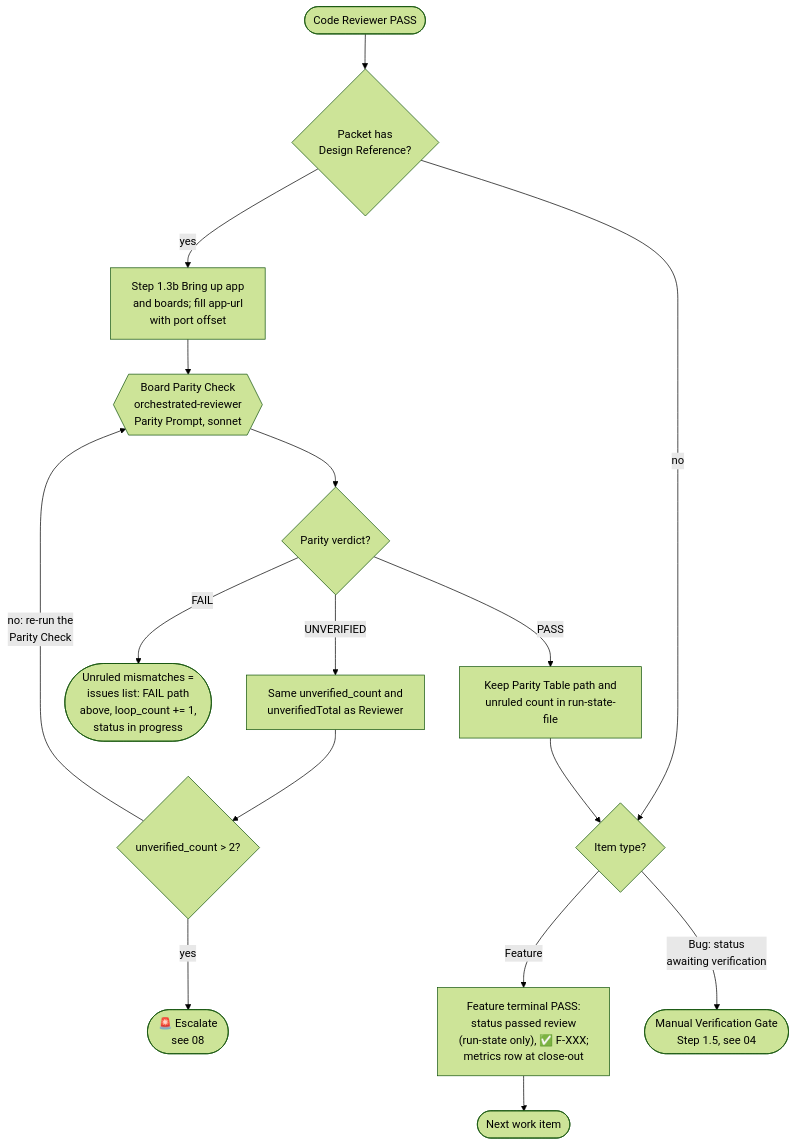
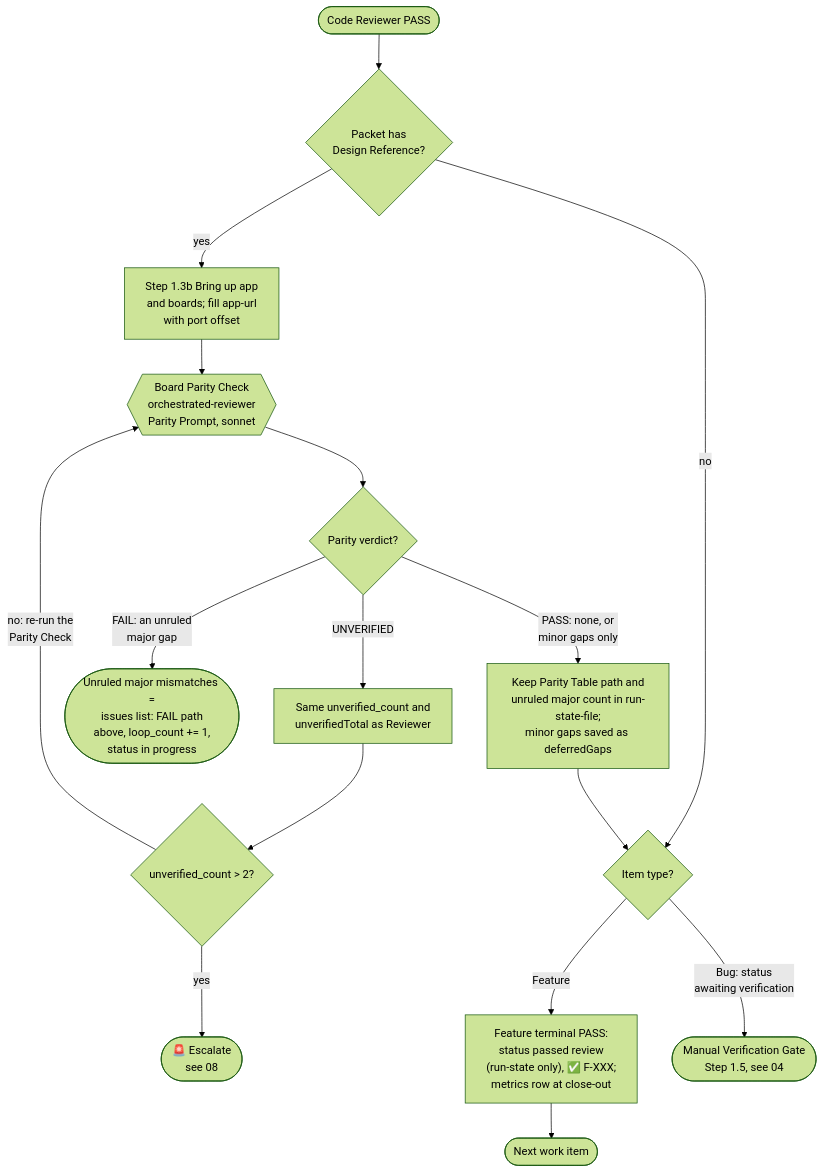
One commit to muhammedalikhan86/claude-stash changed the second of 3 diagrams in skills/orchestrator-development-pattern/mermaid/03-phase1-work-item-loop.md. Above: the diagram before and after it, drawn with Mermaid (forest theme). The commit also changed 30 other files, not shown here.

First line of the commit message:
feat(skills): disparity-checker, findings intake, major-only parity gate; link accounts

````diff
--- a/skills/orchestrator-development-pattern/mermaid/03-phase1-work-item-loop.md
+++ b/skills/orchestrator-development-pattern/mermaid/03-phase1-work-item-loop.md
@@ -72,28 +72,28 @@
 ```mermaid
 flowchart TD
     Pass(["Code Reviewer PASS"])
     HasRef{"Packet has<br/>Design Reference?"}
     Up["Step 1.3b Bring up app<br/>and boards; fill app-url<br/>with port offset"]
     Parity{{"Board Parity Check<br/>orchestrated-reviewer<br/>Parity Prompt, sonnet"}}
     PV{"Parity verdict?"}
-    Keep["Keep Parity Table path and<br/>unruled count in run-state-file"]
-    Retry(["Unruled mismatches =<br/>issues list: FAIL path<br/>above, loop_count += 1,<br/>status in progress"])
+    Keep["Keep Parity Table path and<br/>unruled major count in run-state-file;<br/>minor gaps saved as deferredGaps"]
+    Retry(["Unruled major mismatches =<br/>issues list: FAIL path<br/>above, loop_count += 1,<br/>status in progress"])
     UV["Same unverified_count and<br/>unverifiedTotal as Reviewer"]
     UVMax{"unverified_count > 2?"}
     Esc(["🚨 Escalate<br/>see 08"])
     Kind{"Item type?"}
     Done["Feature terminal PASS:<br/>status passed review<br/>(run-state only), ✅ F-XXX;<br/>metrics row at close-out"]
     Next(["Next work item"])
     MV(["Manual Verification Gate<br/>Step 1.5, see 04"])
 
     Pass --> HasRef
     HasRef -->|no| Kind
     HasRef -->|yes| Up --> Parity --> PV
-    PV -->|FAIL| Retry
+    PV -->|"FAIL: an unruled<br/>major gap"| Retry
     PV -->|UNVERIFIED| UV --> UVMax
     UVMax -->|"no: re-run the<br/>Parity Check"| Parity
     UVMax -->|yes| Esc
-    PV -->|PASS| Keep --> Kind
+    PV -->|"PASS: none, or<br/>minor gaps only"| Keep --> Kind
     Kind -->|Feature| Done --> Next
     Kind -->|"Bug: status<br/>awaiting verification"| MV
 ```
````
